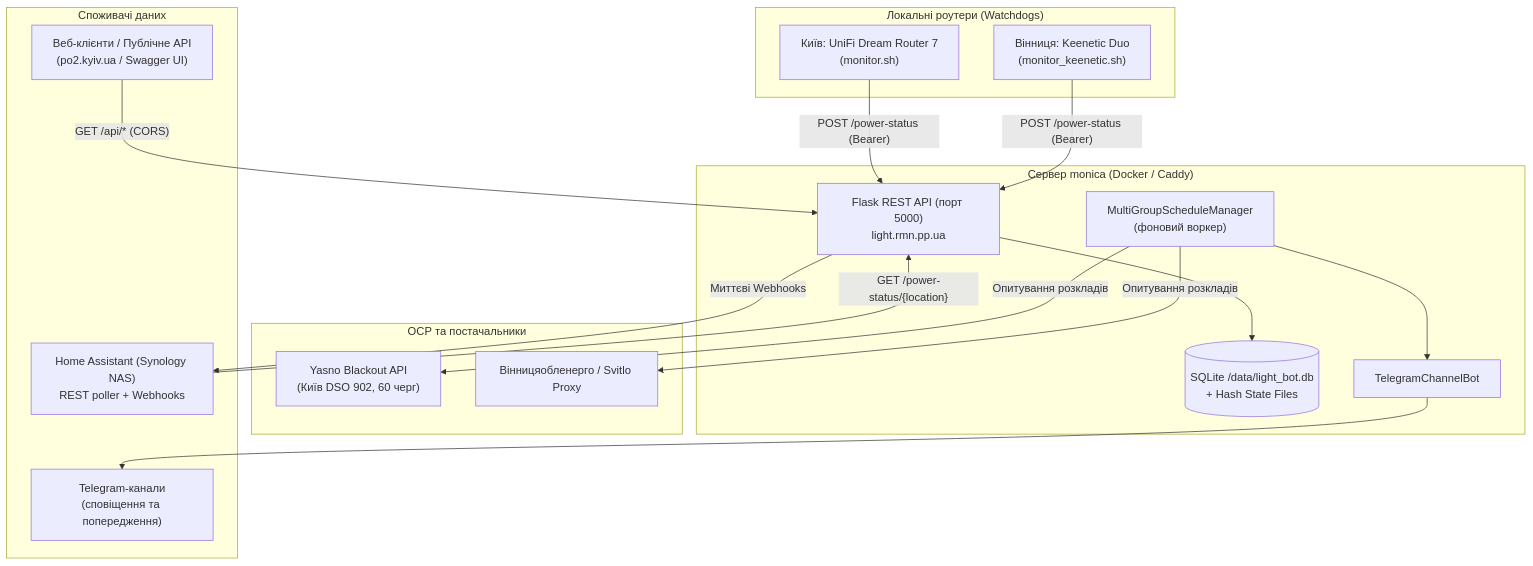
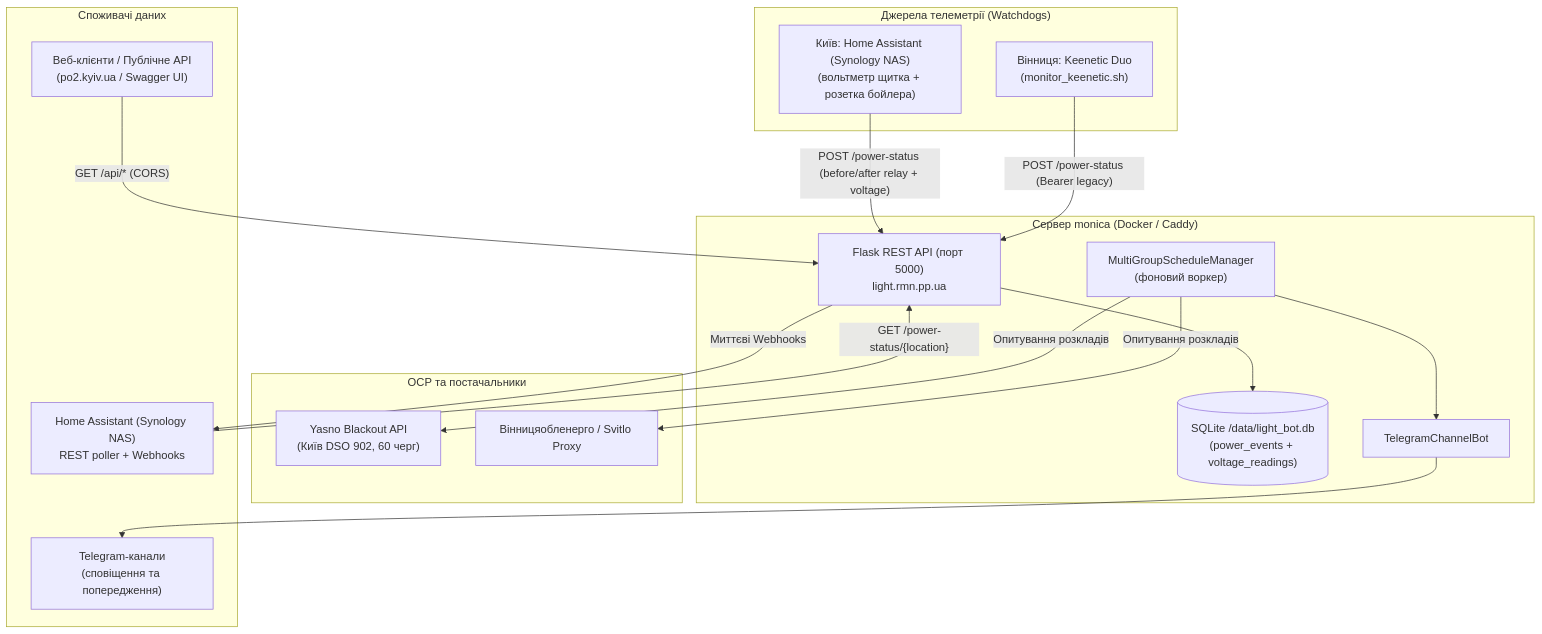
Before and after one commit to rrader/light-bot: the diagram in .agents/skills/light-bot/SKILL.md, drawn with Mermaid. The commit also changed other lines of this file, not shown here.

Commit message:
docs(skills): update light-bot skill with dual-relay monitoring, HA source and voltage telemetry

````diff
--- a/.agents/skills/light-bot/SKILL.md
+++ b/.agents/skills/light-bot/SKILL.md
@@ -20,36 +20,36 @@
 ```mermaid
 flowchart TD
-    subgraph LocalRouters ["Локальні роутери (Watchdogs)"]
-        UDR["Київ: UniFi Dream Router 7\n(monitor.sh)"]
+    subgraph Sources ["Джерела телеметрії (Watchdogs)"]
+        HA_Rep["Київ: Home Assistant (Synology NAS)\n(вольтметр щитка + розетка бойлера)"]
         KN["Вінниця: Keenetic Duo\n(monitor_keenetic.sh)"]
     end
 
     subgraph ServerMonica ["Сервер monica (Docker / Caddy)"]
         Flask["Flask REST API (порт 5000)\nlight.rmn.pp.ua"]
-        SQLite[("SQLite /data/light_bot.db\n+ Hash State Files")]
+        SQLite[("SQLite /data/light_bot.db\n(power_events + voltage_readings)")]
         MultiGroup["MultiGroupScheduleManager\n(фоновий воркер)"]
         TelegramBot["TelegramChannelBot"]
     end
 
     subgraph Providers ["ОСР та постачальники"]
         Yasno["Yasno Blackout API\n(Київ DSO 902, 60 черг)"]
         VOE["Вінницяобленерго / Svitlo Proxy"]
     end
 
     subgraph Consumers ["Споживачі даних"]
         HA["Home Assistant (Synology NAS)\nREST poller + Webhooks"]
         TGChannels["Telegram-канали\n(сповіщення та попередження)"]
         WebClients["Веб-клієнти / Публічне API\n(po2.kyiv.ua / Swagger UI)"]
     end
 
-    UDR -- "POST /power-status (Bearer)" --> Flask
-    KN -- "POST /power-status (Bearer)" --> Flask
+    HA_Rep -- "POST /power-status (before/after relay + voltage)" --> Flask
+    KN -- "POST /power-status (Bearer legacy)" --> Flask
     Flask --> SQLite
     Flask -- "Миттєві Webhooks" --> HA
     MultiGroup -- "Опитування розкладів" --> Yasno
     MultiGroup -- "Опитування розкладів" --> VOE
     MultiGroup --> TelegramBot
     TelegramBot --> TGChannels
     HA -- "GET /power-status/{location}" --> Flask
     WebClients -- "GET /api/* (CORS)" --> Flask
 ```
````
